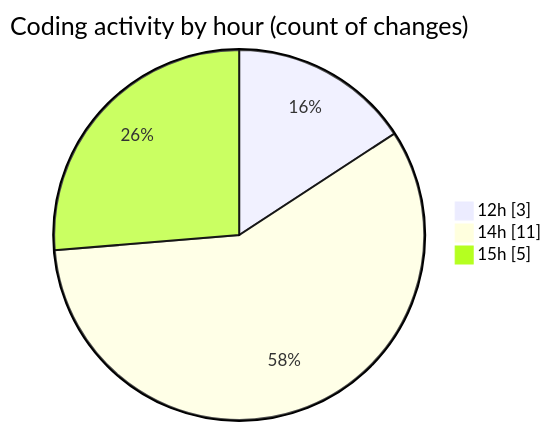
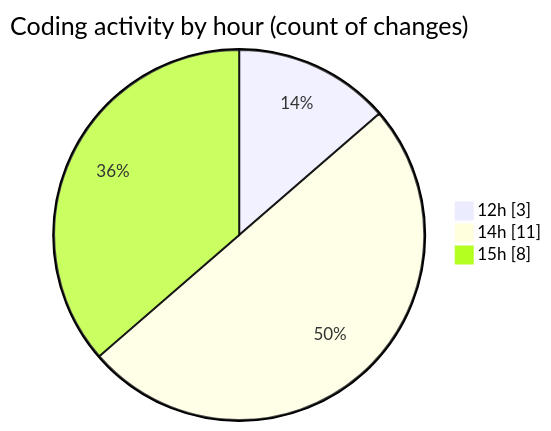
The second of 2 diagrams in 2025-10-16/untitled__workspace_/README.md (debugP/code-tracking), drawn with Mermaid before and after one commit. The commit also changed other lines of this file and 1 other file, not shown here.

````diff
--- a/2025-10-16/untitled__workspace_/README.md
+++ b/2025-10-16/untitled__workspace_/README.md
@@ -32,7 +32,7 @@
 ```mermaid
 pie showData
 title Coding activity by hour (count of changes)
 "12h" : 3
 "14h" : 11
-"15h" : 5
+"15h" : 8
 ```
````
